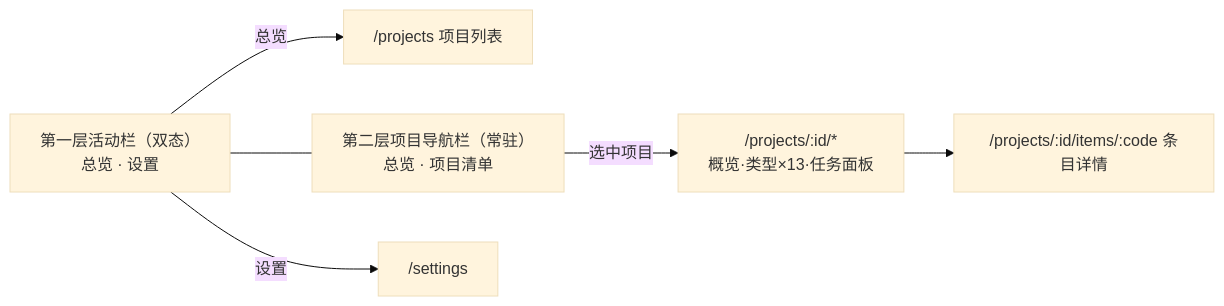
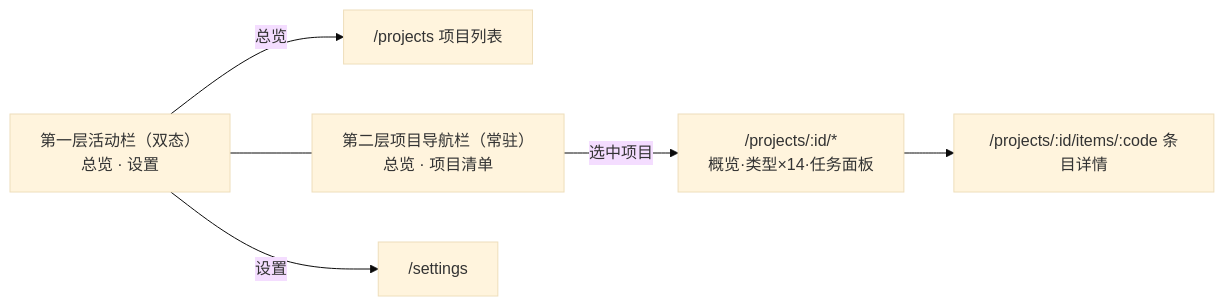
One commit to Kommisaar/relay-harbor changed the diagram in docs/design/05-detailed-design/ui/app-shell.md. Above: the diagram before and after it, drawn with Mermaid (base theme). The commit also changed other lines of this file and 20 other files, not shown here.

````diff
--- a/docs/design/05-detailed-design/ui/app-shell.md
+++ b/docs/design/05-detailed-design/ui/app-shell.md
@@ -52,8 +65,8 @@
 ```mermaid
 flowchart LR
     rail["第一层活动栏（双态）<br/>总览 · 设置"] -->|总览| plist["/projects 项目列表"]
     rail --- side["第二层项目导航栏（常驻）<br/>总览 · 项目清单"]
-    side -->|选中项目| work["/projects/:id/*<br/>概览·类型×13·任务面板"]
+    side -->|选中项目| work["/projects/:id/*<br/>概览·类型×14·任务面板"]
     rail -->|设置| settings["/settings"]
     work --> detail["/projects/:id/items/:code 条目详情"]
 ```
````
